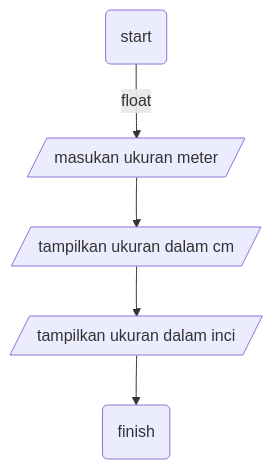
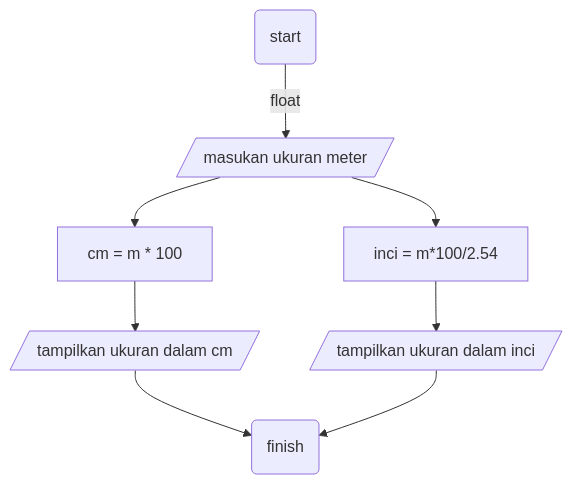
Before and after one commit to muflihhilmi/daa: the diagram in pertemuan4/latihan2.md, drawn with Mermaid. The commit also changed 1 other file, not shown here.

Commit message:
merubah pertemuan4

````diff
--- a/pertemuan4/latihan2.md
+++ b/pertemuan4/latihan2.md
@@ -1,7 +1,9 @@
 ```mermaid
     graph TD;
     A(start)--float-->B[/masukan ukuran meter/]
-    B-->C[/tampilkan ukuran dalam cm/]
-    C-->D[/tampilkan ukuran dalam inci/]
-    D-->E(finish)
+    B-->C[cm = m * 100]
+    B-->D[inci = m*100/2.54]
+    C-->F[/tampilkan ukuran dalam cm/]
+    D-->G[/tampilkan ukuran dalam inci/]
+    F & G-->H(finish)
 ```
````
